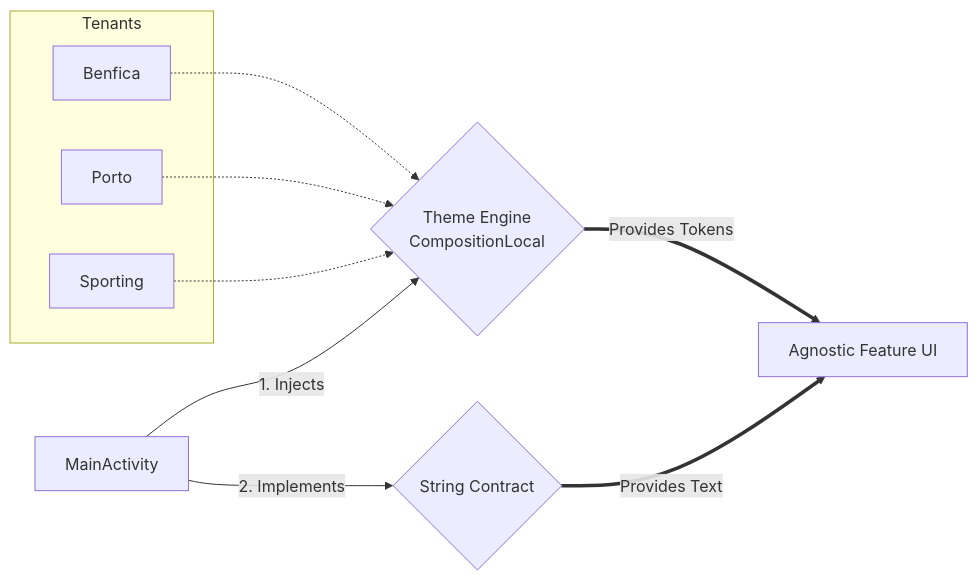
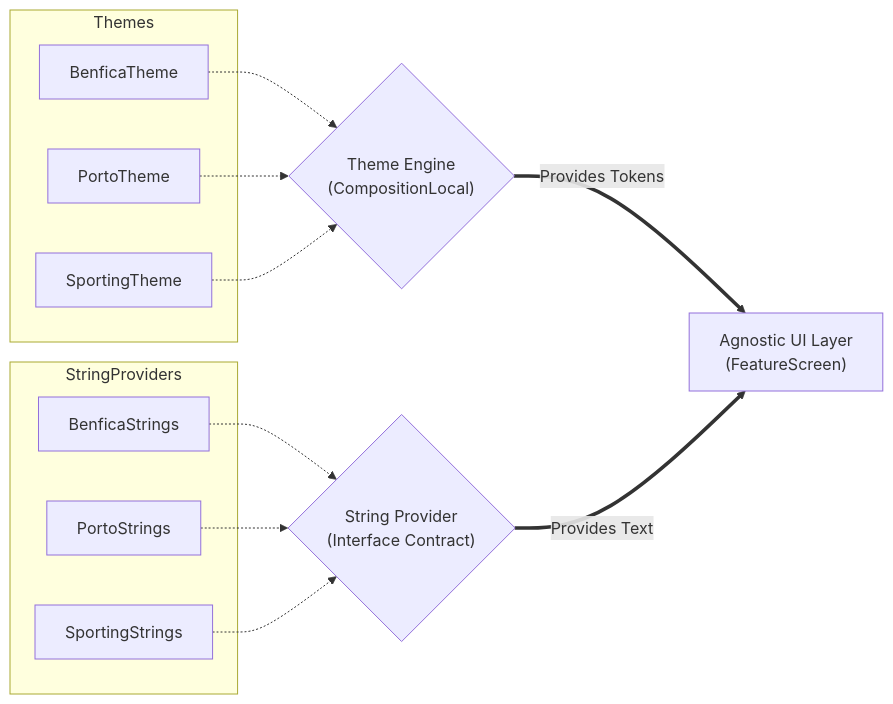
Before and after one commit to LucasFaiska/PortugalTeams: the diagram in README.md, drawn with Mermaid. The commit also changed other lines of this file and 11 other files, not shown here.

````diff
--- a/README.md
+++ b/README.md
@@ -28,16 +22,20 @@
 ```mermaid
 flowchart LR
-    A[MainActivity] -->|1. Injects| B{Theme Engine<br>CompositionLocal}
-    A -->|2. Implements| C{String Contract}
+    subgraph Themes
+        T1[BenficaTheme]
+        T2[PortoTheme]
+        T3[SportingTheme]
+    end
 
-    subgraph Tenants
-        T1[Benfica]
-        T2[Porto]
-        T3[Sporting]
+    subgraph StringProviders
+        S1[BenficaStrings]
+        S2[PortoStrings]
+        S3[SportingStrings]
     end
 
     T1 & T2 & T3 -.-> B
+    S1 & S2 & S3 -.-> C
 
-    B ==>|Provides Tokens| UI[Agnostic Feature UI]
-    C ==>|Provides Text| UI
+    B{"Theme Engine<br/>(CompositionLocal)"} ==>|"Provides Tokens"| UI["Agnostic UI Layer<br/>(FeatureScreen)"]
+    C{"String Provider<br/>(Interface Contract)"} ==>|"Provides Text"| UI
 ```
````
